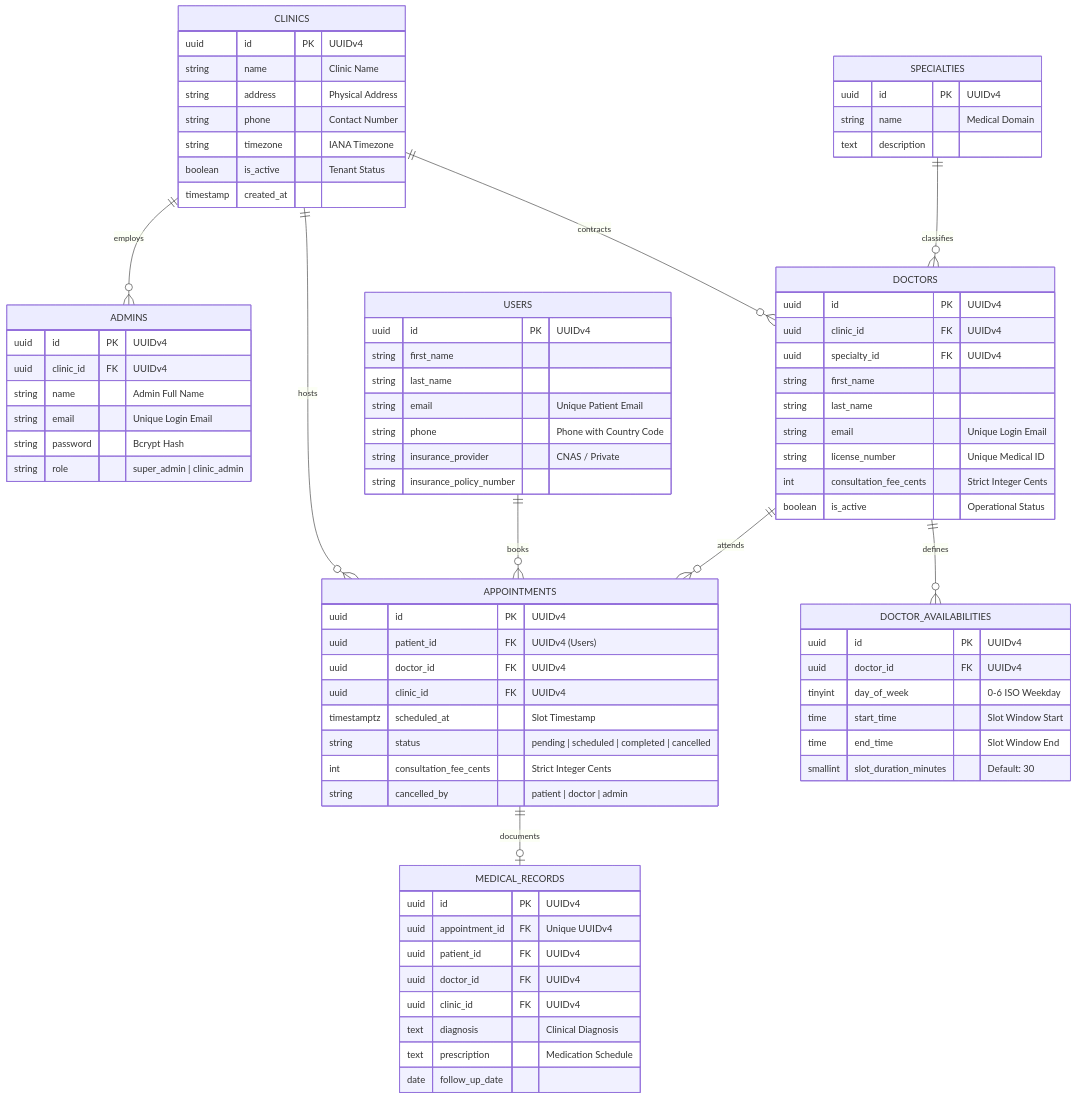
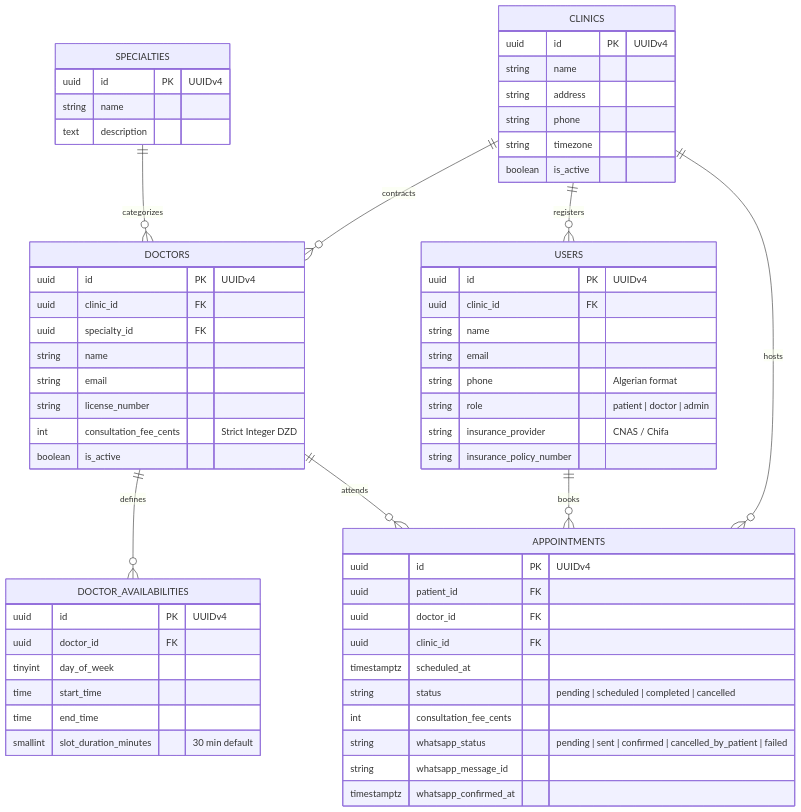
Before and after one commit to Abdelkouddous/care-pulse-v1: the fifth of 6 diagrams in docs/architecture_system_concepts.md, drawn with Mermaid. The commit also changed other lines of this file and 316 other files, not shown here.

````diff
--- a/docs/architecture_system_concepts.md
+++ b/docs/architecture_system_concepts.md
@@ -212,89 +198,69 @@
 ```mermaid
 erDiagram
-    CLINICS ||--o{ ADMINS : "employs"
     CLINICS ||--o{ DOCTORS : "contracts"
     CLINICS ||--o{ APPOINTMENTS : "hosts"
-    SPECIALTIES ||--o{ DOCTORS : "classifies"
+    CLINICS ||--o{ USERS : "registers"
+    SPECIALTIES ||--o{ DOCTORS : "categorizes"
     DOCTORS ||--o{ DOCTOR_AVAILABILITIES : "defines"
     USERS ||--o{ APPOINTMENTS : "books"
     DOCTORS ||--o{ APPOINTMENTS : "attends"
-    APPOINTMENTS ||--o| MEDICAL_RECORDS : "documents"
 
     CLINICS {
         uuid id PK "UUIDv4"
-        string name "Clinic Name"
-        string address "Physical Address"
-        string phone "Contact Number"
-        string timezone "IANA Timezone"
-        boolean is_active "Tenant Status"
-        timestamp created_at
+        string name
+        string address
+        string phone
+        string timezone
+        boolean is_active
     }
 
     SPECIALTIES {
         uuid id PK "UUIDv4"
-        string name "Medical Domain"
+        string name
         text description
-    }
-
-    ADMINS {
-        uuid id PK "UUIDv4"
-        uuid clinic_id FK "UUIDv4"
-        string name "Admin Full Name"
-        string email "Unique Login Email"
-        string password "Bcrypt Hash"
-        string role "super_admin | clinic_admin"
     }
 
     DOCTORS {
         uuid id PK "UUIDv4"
-        uuid clinic_id FK "UUIDv4"
-        uuid specialty_id FK "UUIDv4"
-        string first_name
-        string last_name
-        string email "Unique Login Email"
-        string license_number "Unique Medical ID"
-        int consultation_fee_cents "Strict Integer Cents"
-        boolean is_active "Operational Status"
+        uuid clinic_id FK
+        uuid specialty_id FK
+        string name
+        string email
+        string license_number
+        int consultation_fee_cents "Strict Integer DZD"
+        boolean is_active
     }
 
     DOCTOR_AVAILABILITIES {
         uuid id PK "UUIDv4"
-        uuid doctor_id FK "UUIDv4"
-        tinyint day_of_week "0-6 ISO Weekday"
-        time start_time "Slot Window Start"
-        time end_time "Slot Window End"
-        smallint slot_duration_minutes "Default: 30"
+        uuid doctor_id FK
+        tinyint day_of_week
+        time start_time
+        time end_time
+        smallint slot_duration_minutes "30 min default"
     }
 
     USERS {
         uuid id PK "UUIDv4"
-        string first_name
-        string last_name
-        string email "Unique Patient Email"
-        string phone "Phone with Country Code"
-        string insurance_provider "CNAS / Private"
+        uuid clinic_id FK
+        string name
+        string email
+        string phone "Algerian format"
+        string role "patient | doctor | admin"
+        string insurance_provider "CNAS / Chifa"
         string insurance_policy_number
     }
 
     APPOINTMENTS {
         uuid id PK "UUIDv4"
-        uuid patient_id FK "UUIDv4 (Users)"
-        uuid doctor_id FK "UUIDv4"
-        uuid clinic_id FK "UUIDv4"
-        timestamptz scheduled_at "Slot Timestamp"
+        uuid patient_id FK
+        uuid doctor_id FK
+        uuid clinic_id FK
+        timestamptz scheduled_at
         string status "pending | scheduled | completed | cancelled"
-        int consultation_fee_cents "Strict Integer Cents"
-        string cancelled_by "patient | doctor | admin"
-    }
-
-    MEDICAL_RECORDS {
-        uuid id PK "UUIDv4"
-        uuid appointment_id FK "Unique UUIDv4"
-        uuid patient_id FK "UUIDv4"
-        uuid doctor_id FK "UUIDv4"
-        uuid clinic_id FK "UUIDv4"
-        text diagnosis "Clinical Diagnosis"
-        text prescription "Medication Schedule"
-        date follow_up_date
+        int consultation_fee_cents
+        string whatsapp_status "pending | sent | confirmed | cancelled_by_patient | failed"
+        string whatsapp_message_id
+        timestamptz whatsapp_confirmed_at
     }
 ```
````
